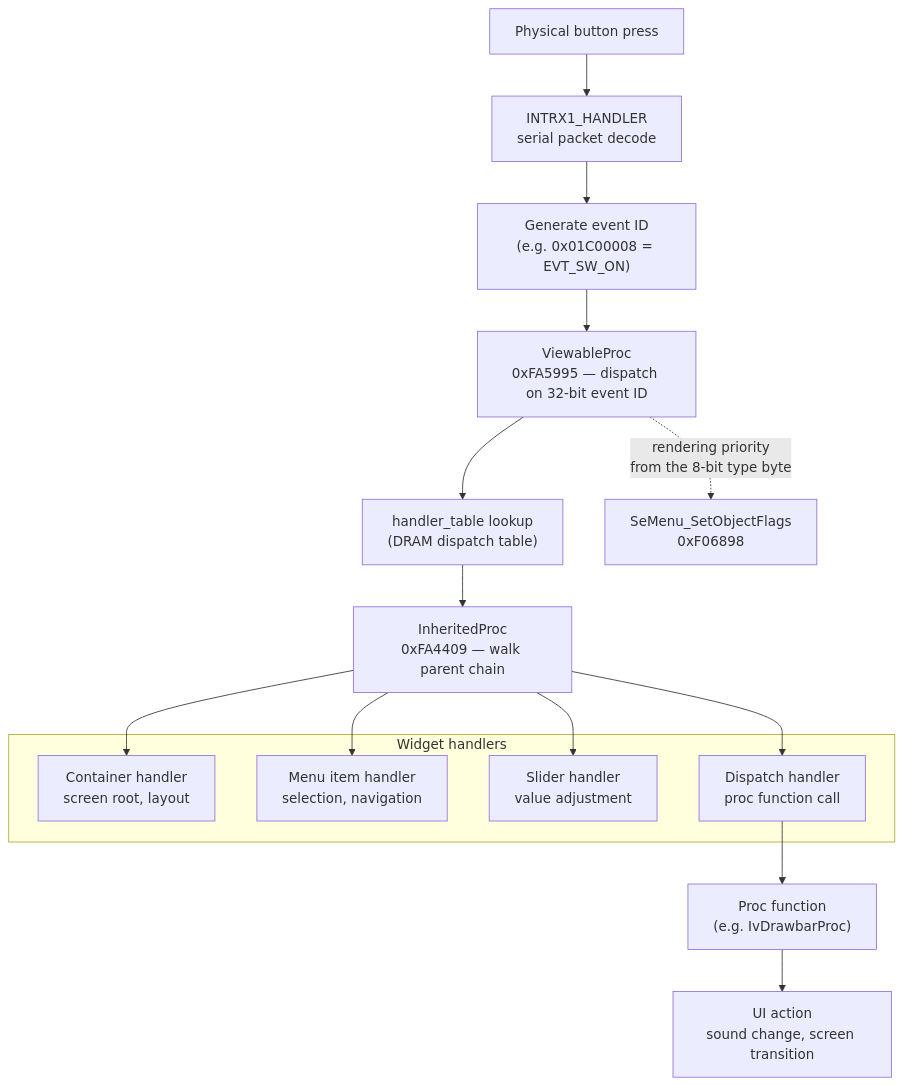
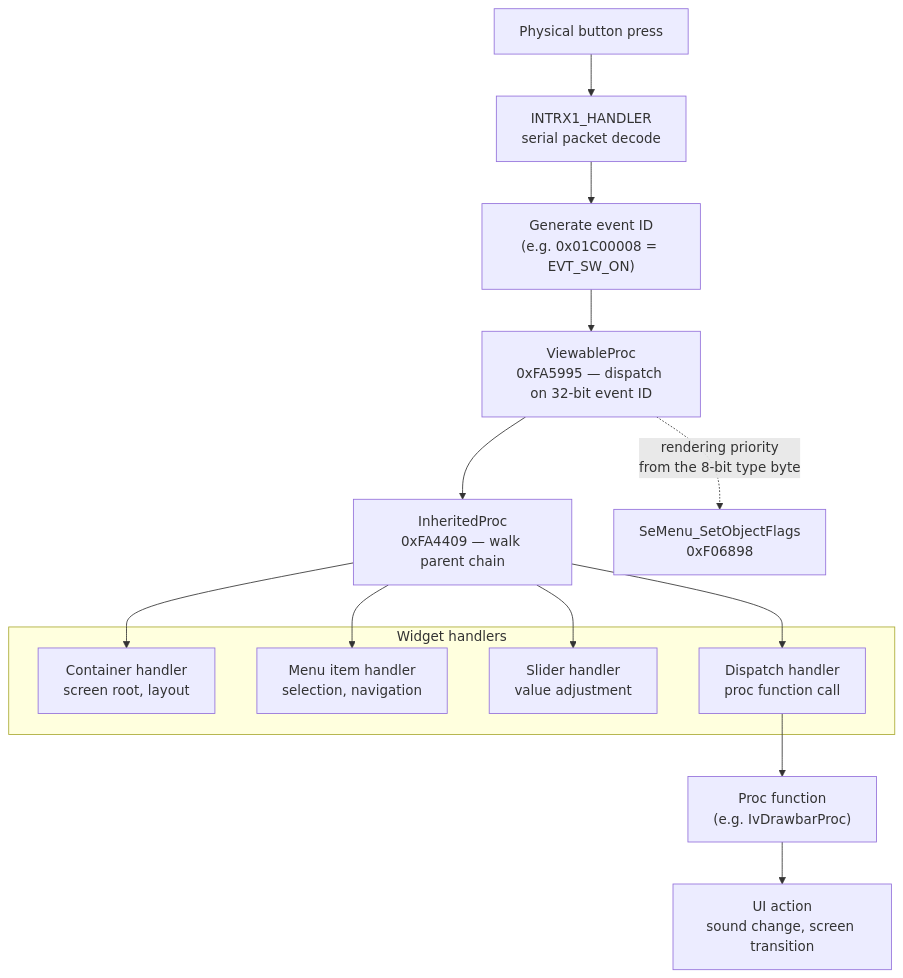
The sixth of 7 diagrams in firmware-flowchart.md (ArqueologiaDigital/technics-docs), drawn with Mermaid before and after one commit. The commit also changed other lines of this file and 5 other files, not shown here.

First line of the commit message:
Boot and sub-CPU pages: match boot flow and payload notes to sources

```diff
--- a/firmware-flowchart.md
+++ b/firmware-flowchart.md
@@ -225,23 +233,22 @@
 <pre class="mermaid">
 flowchart TD
     BUTTON["Physical button press"] --> CPANEL_ISR["INTRX1_HANDLER<br/>serial packet decode"]
     CPANEL_ISR --> EVT_GEN["Generate event ID<br/>(e.g. 0x01C00008 = EVT_SW_ON)"]
     EVT_GEN --> VIEWABLE["ViewableProc<br/>0xFA5995 — dispatch on 32-bit event ID"]
-    VIEWABLE --> HANDLER_TABLE["handler_table lookup<br/>(DRAM dispatch table)"]
-    HANDLER_TABLE --> INHERITED["InheritedProc<br/>0xFA4409 — walk parent chain"]
+    VIEWABLE --> INHERITED["InheritedProc<br/>0xFA4409 — walk parent chain"]
     VIEWABLE -.->|"rendering priority<br/>from the 8-bit type byte"| TYPE_CLASS["SeMenu_SetObjectFlags<br/>0xF06898"]
 
     subgraph WIDGETS ["Widget handlers"]
         CONTAINER["Container handler<br/>screen root, layout"]
         MENU_ITEM["Menu item handler<br/>selection, navigation"]
         SLIDER["Slider handler<br/>value adjustment"]
         DISPATCH["Dispatch handler<br/>proc function call"]
     end
 
     INHERITED --> CONTAINER
     INHERITED --> MENU_ITEM
     INHERITED --> SLIDER
     INHERITED --> DISPATCH
     DISPATCH --> PROC["Proc function<br/>(e.g. IvDrawbarProc)"]
     PROC --> ACTION["UI action<br/>sound change, screen transition"]
 </pre>
```
